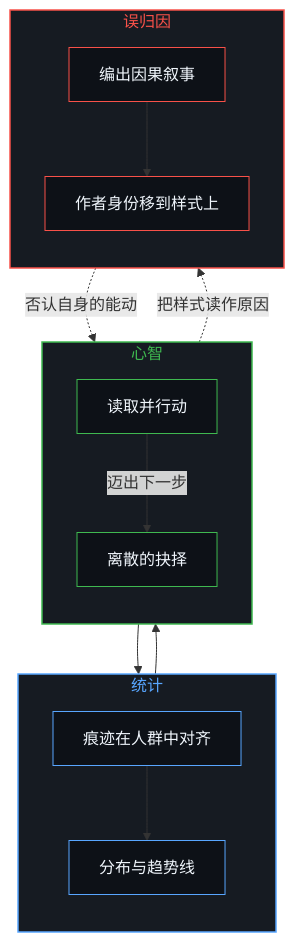
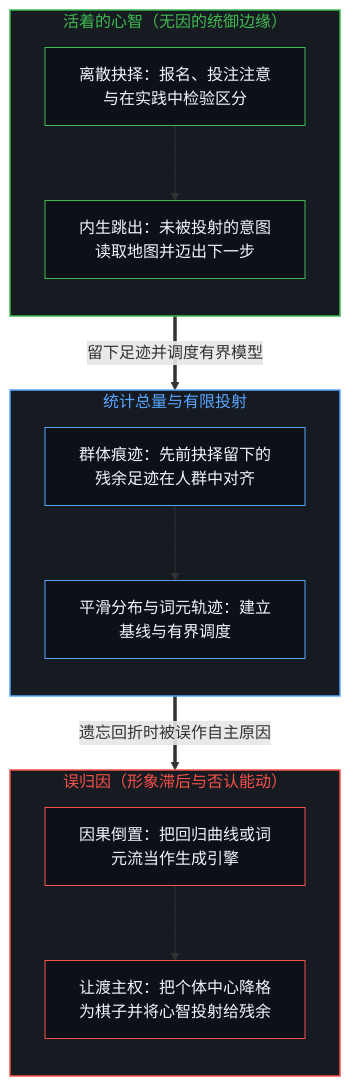
One commit to powerpig99/not-a-toe changed the first of 2 diagrams in content/posts/the-mind-that-statistics-cannot-reveal.md. Above: the diagram before and after it, drawn with Mermaid. The commit also changed other lines of this file and 1 other file, not shown here.

Commit message:
Refine the-mind-that-statistics-cannot-reveal (Wave 3 L2 #142)

````diff
--- a/content/posts/the-mind-that-statistics-cannot-reveal.md
+++ b/content/posts/the-mind-that-statistics-cannot-reveal.md
@@ -49,32 +49,36 @@
 ```mermaid
 flowchart TD
-    subgraph S_Mind["心智"]
+    subgraph S_Mind["活着的心智（无因的统御边缘）"]
         direction TB
-        M1["离散的抉择"]
-        M2["读取并行动"]
+        M1["离散抉择：报名、投注注意与在实践中检验区分"]
+        M2["内生跳出：未被投射的意图读取地图并迈出下一步"]
+        M1 --> M2
     end
-    subgraph S_Stats["统计"]
+
+    subgraph S_Stats["统计总量与有限投射"]
         direction TB
-        T1["痕迹在人群中对齐"]
-        T2["分布与趋势线"]
+        T1["群体痕迹：先前抉择留下的残余足迹在人群中对齐"]
+        T2["平滑分布与词元轨迹：建立基线与有界调度"]
+        T1 --> T2
     end
-    subgraph S_Mis["误归因"]
+
+    subgraph S_Mis["误归因（形象滞后与否认能动）"]
         direction TB
-        X1["编出因果叙事"]
-        X2["作者身份移到样式上"]
+        X1["因果倒置：把回归曲线或词元流当作生成引擎"]
+        X2["让渡主权：把个体中心降格为棋子并将心智投射给残余"]
+        X1 --> X2
     end
-    M1 --> T1 --> T2
-    T2 --> M2
-    M2 -->|"迈出下一步"| M1
-    M2 -.->|"把样式读作原因"| X1 --> X2
-    X2 -.->|"否认自身的能动"| M2
+
+    M2 ==>|"留下足迹并调度有界模型"| T1
+    T2 ==>|"遗忘回折时被误作自主原因"| X1
+
     style S_Mind fill:#161b22,stroke:#3fb950,stroke-width:1.5px,color:#3fb950
     style S_Stats fill:#161b22,stroke:#58a6ff,stroke-width:1.5px,color:#58a6ff
     style S_Mis fill:#161b22,stroke:#f85149,stroke-width:1.5px,color:#f85149
     style M1 fill:#0d1117,stroke:#3fb950,stroke-width:1px,color:#f0f6fc
     style M2 fill:#0d1117,stroke:#3fb950,stroke-width:1px,color:#f0f6fc
     style T1 fill:#0d1117,stroke:#58a6ff,stroke-width:1px,color:#f0f6fc
     style T2 fill:#0d1117,stroke:#58a6ff,stroke-width:1px,color:#f0f6fc
     style X1 fill:#0d1117,stroke:#f85149,stroke-width:1px,color:#f0f6fc
     style X2 fill:#0d1117,stroke:#f85149,stroke-width:1px,color:#f0f6fc
 ```
````
